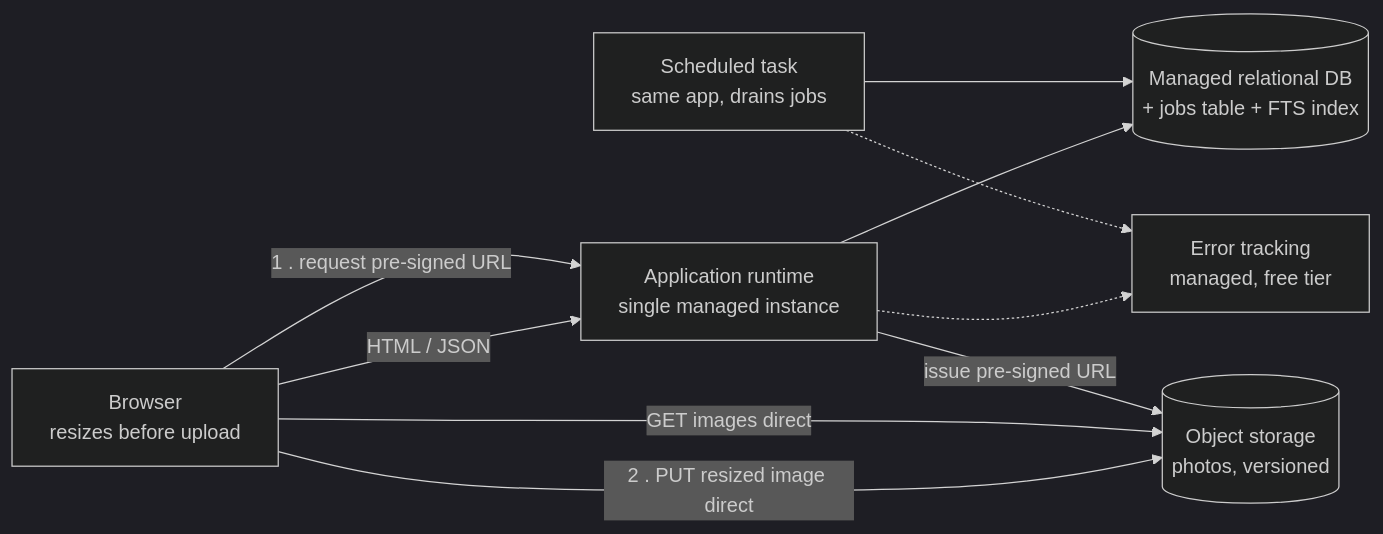
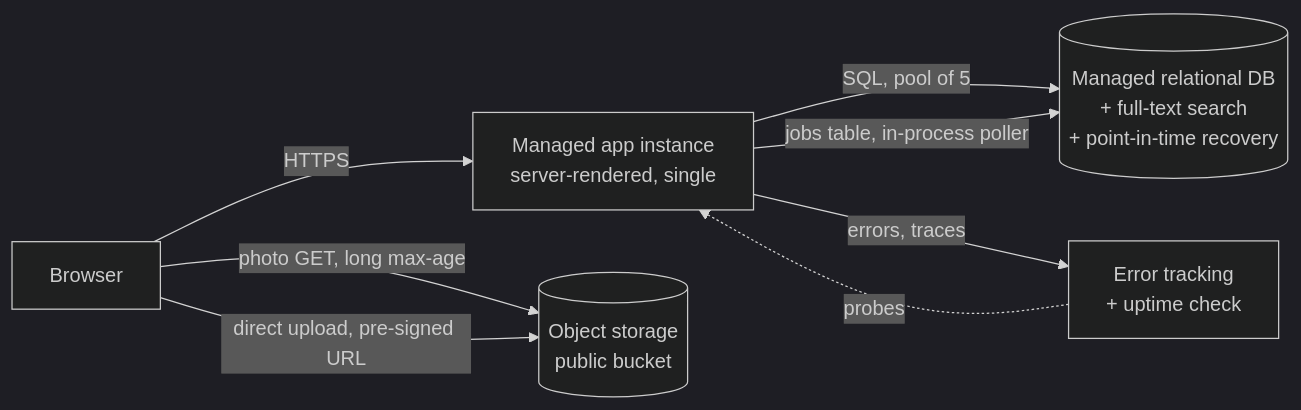
Before and after one commit to mhayk/oab: the diagram in examples/live-run/design.md, drawn with Mermaid (dark theme). The commit also changed other lines of this file and 2 other files, not shown here.

````diff
--- a/examples/live-run/design.md
+++ b/examples/live-run/design.md
@@ -162,19 +132,10 @@
 ```mermaid
-flowchart LR
-    U[Browser<br/>resizes before upload]
-    APP[Application runtime<br/>single managed instance]
-    DB[(Managed relational DB<br/>+ jobs table + FTS index)]
-    OS[(Object storage<br/>photos, versioned)]
-    SCHED[Scheduled task<br/>same app, drains jobs]
-    ERR[Error tracking<br/>managed, free tier]
-
-    U -->|HTML / JSON| APP
-    U -->|1 . request pre-signed URL| APP
-    U -->|2 . PUT resized image direct| OS
-    U -->|GET images direct| OS
-    APP --> DB
-    APP -->|issue pre-signed URL| OS
-    SCHED --> DB
-    APP -.-> ERR
-    SCHED -.-> ERR
+graph LR
+    U[Browser] -->|HTTPS| A[Managed app instance<br/>server-rendered, single]
+    U -->|photo GET, long max-age| S[(Object storage<br/>public bucket)]
+    U -->|direct upload, pre-signed URL| S
+    A -->|SQL, pool of 5| D[(Managed relational DB<br/>+ full-text search<br/>+ point-in-time recovery)]
+    A -->|jobs table, in-process poller| D
+    A -->|errors, traces| O[Error tracking<br/>+ uptime check]
+    O -.->|probes| A
 ```
````
